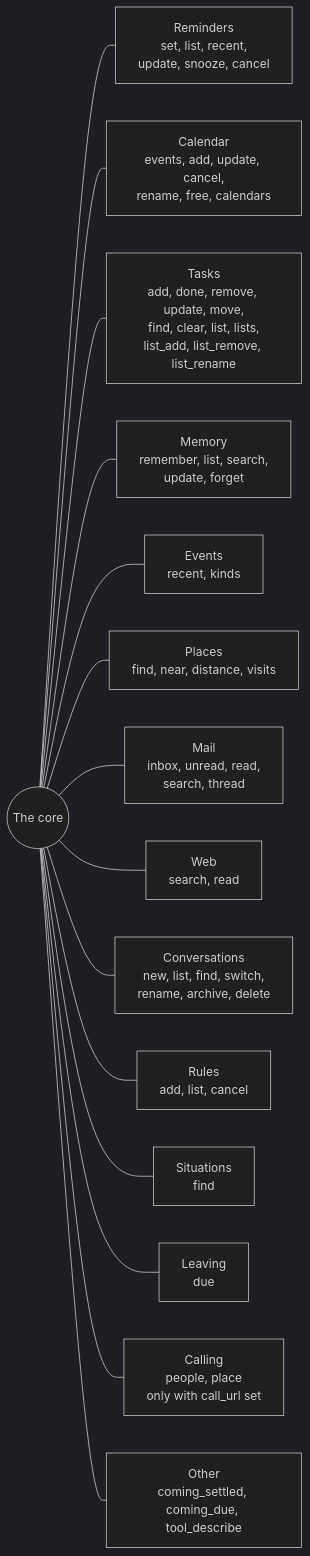
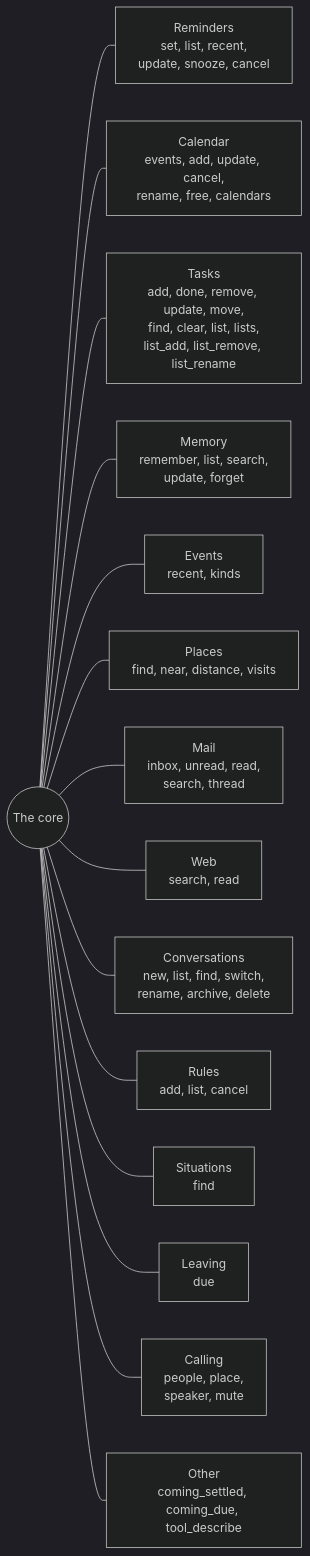
The second of 5 diagrams in FEATURES.md (DhanushRamesh/personal-assistant), drawn with Mermaid (dark theme) before and after one commit. The commit also changed other lines of this file and 8 other files, not shown here.

````diff
--- a/FEATURES.md
+++ b/FEATURES.md
@@ -63,19 +63,19 @@
 ```mermaid
 flowchart LR
     CORE(("The core"))
 
     CORE --- REM["Reminders<br/>set, list, recent,<br/>update, snooze, cancel"]
     CORE --- CAL["Calendar<br/>events, add, update, cancel,<br/>rename, free, calendars"]
     CORE --- TASK["Tasks<br/>add, done, remove, update, move,<br/>find, clear, list, lists,<br/>list_add, list_remove, list_rename"]
     CORE --- MEM["Memory<br/>remember, list, search,<br/>update, forget"]
     CORE --- EV["Events<br/>recent, kinds"]
     CORE --- PLACE["Places<br/>find, near, distance, visits"]
     CORE --- MAIL["Mail<br/>inbox, unread, read,<br/>search, thread"]
     CORE --- WEB["Web<br/>search, read"]
     CORE --- CONV["Conversations<br/>new, list, find, switch,<br/>rename, archive, delete"]
     CORE --- RULE["Rules<br/>add, list, cancel"]
     CORE --- SIT["Situations<br/>find"]
     CORE --- LEAVE["Leaving<br/>due"]
-    CORE --- CALLP["Calling<br/>people, place<br/>only with call_url set"]
+    CORE --- CALLP["Calling<br/>people, place,<br/>speaker, mute"]
     CORE --- MISC["Other<br/>coming_settled, coming_due, tool_describe"]
 ```
````
